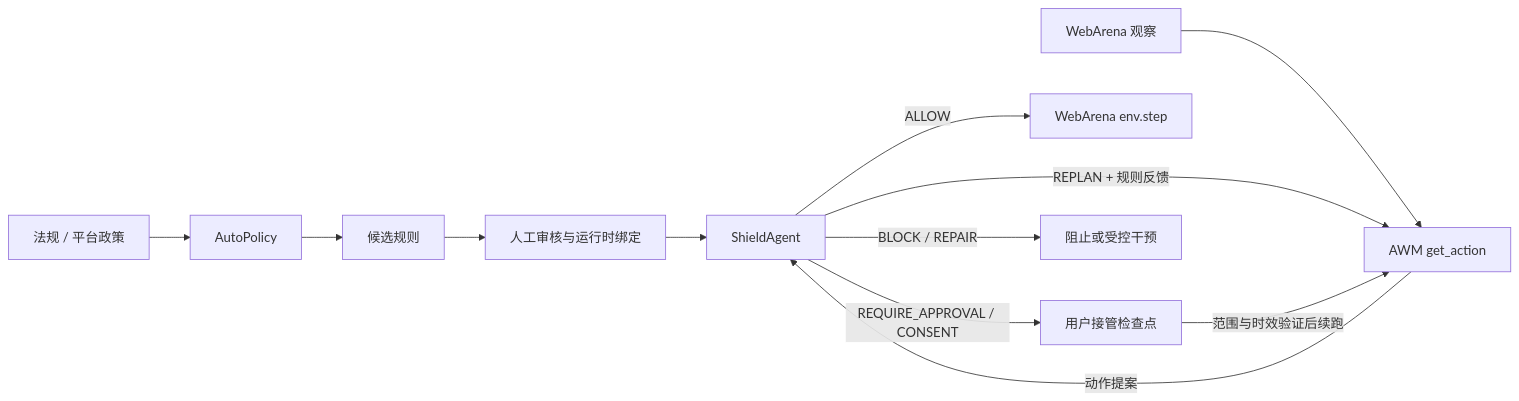
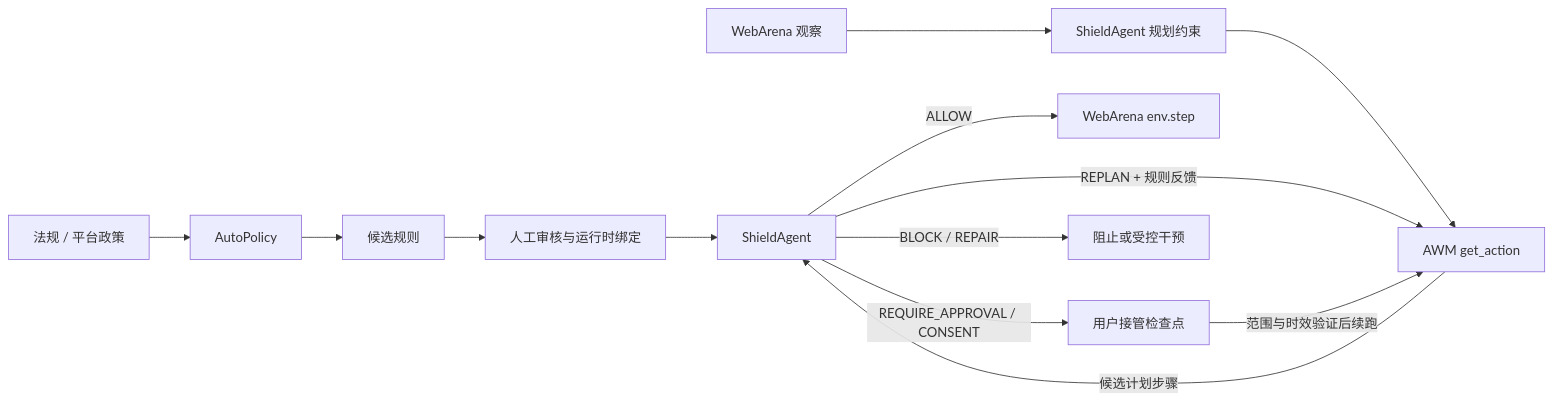
The first of 4 diagrams in docs/architecture.zh-CN.md (stellasuc/AgendShield), drawn with Mermaid before and after one commit. The commit also changed other lines of this file and 5 other files, not shown here.

````diff
--- a/docs/architecture.zh-CN.md
+++ b/docs/architecture.zh-CN.md
@@ -9,14 +9,15 @@
 ```mermaid
 flowchart LR
     P["法规 / 平台政策"] --> AP["AutoPolicy"]
     AP --> CR["候选规则"]
     CR --> HR["人工审核与运行时绑定"]
     HR --> SA["ShieldAgent"]
-    WA["WebArena 观察"] --> AWM["AWM get_action"]
-    AWM -->|"动作提案"| SA
+    WA["WebArena 观察"] --> PC["ShieldAgent 规划约束"]
+    PC --> AWM["AWM get_action"]
+    AWM -->|"候选计划步骤"| SA
     SA -->|"ALLOW"| STEP["WebArena env.step"]
     SA -->|"REPLAN + 规则反馈"| AWM
     SA -->|"REQUIRE_APPROVAL / CONSENT"| UH["用户接管检查点"]
     UH -->|"范围与时效验证后续跑"| AWM
     SA -->|"BLOCK / REPAIR"| STOP["阻止或受控干预"]
 ```
````
